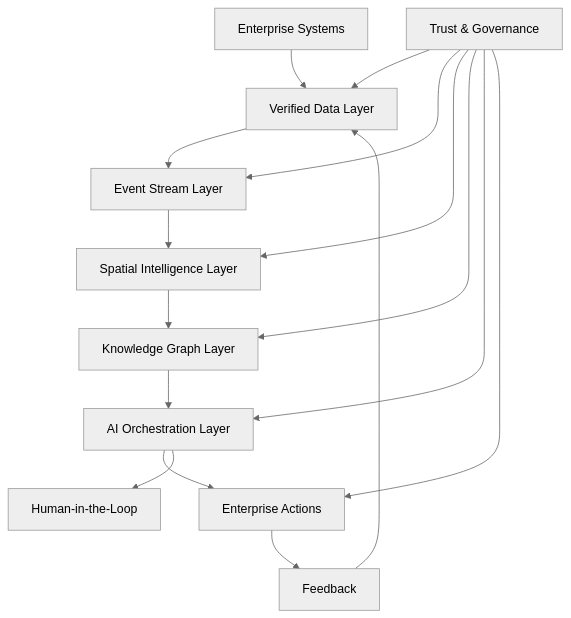
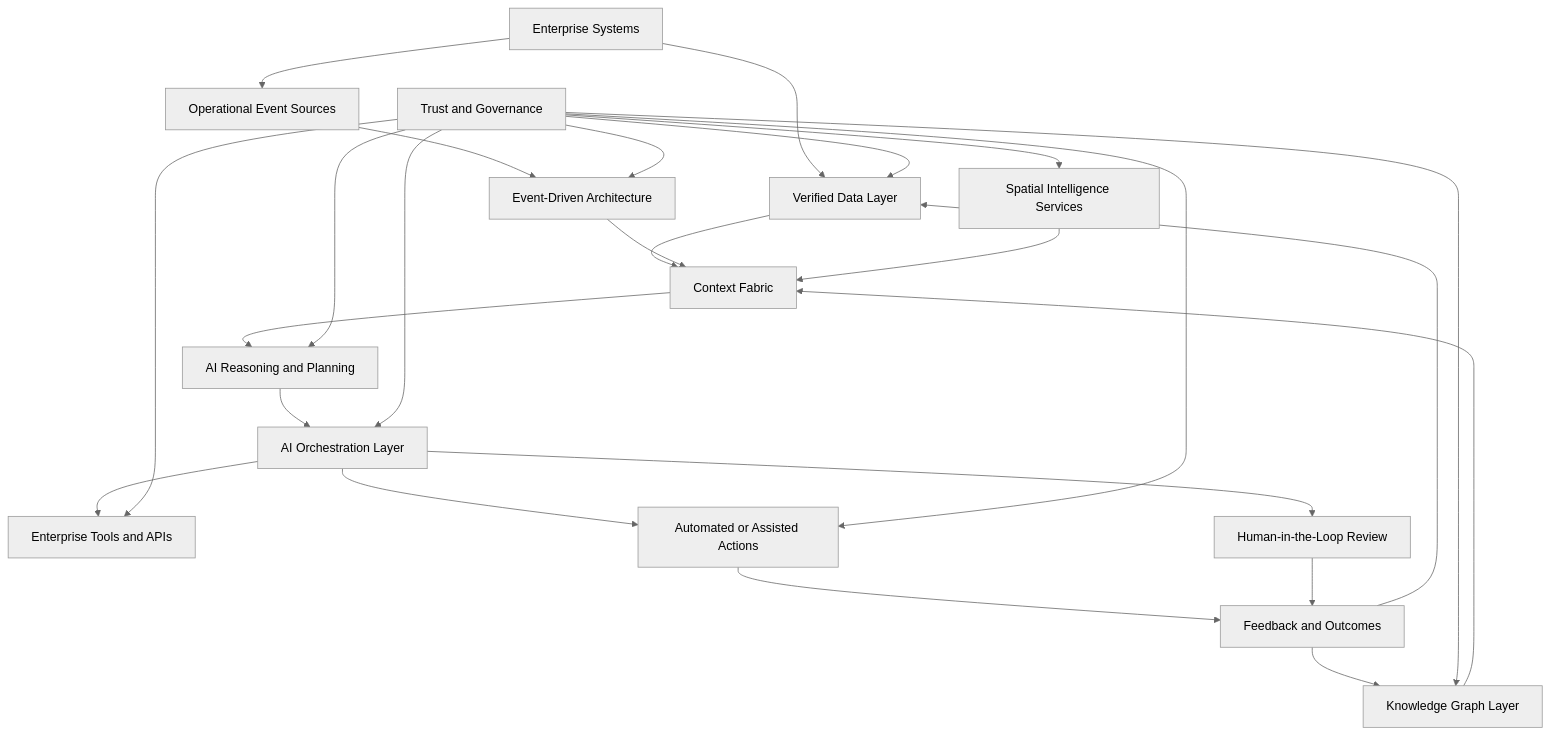
One commit to vkondepati/venkat-framework-agentic-ai changed the diagram in architecture/agentic-ai-reference-architecture.md. Above: the diagram before and after it, drawn with Mermaid (neutral theme). The commit also changed other lines of this file and 22 other files, not shown here.

````diff
--- a/architecture/agentic-ai-reference-architecture.md
+++ b/architecture/agentic-ai-reference-architecture.md
@@ -5,18 +9,27 @@
 ```mermaid
 flowchart TD
     A[Enterprise Systems] --> B[Verified Data Layer]
-    B --> C[Event Stream Layer]
-    C --> D[Spatial Intelligence Layer]
-    D --> E[Knowledge Graph Layer]
-    E --> F[AI Orchestration Layer]
-    F --> G[Enterprise Actions]
-    F --> H[Human-in-the-Loop]
-    G --> I[Feedback]
-    I --> B
-    J[Trust & Governance] --> B
-    J --> C
-    J --> D
-    J --> E
-    J --> F
-    J --> G
+    A --> C[Operational Event Sources]
+    B --> D[Context Fabric]
+    C --> E[Event-Driven Architecture]
+    E --> D
+    F[Spatial Intelligence Services] --> D
+    G[Knowledge Graph Layer] --> D
+    D --> H[AI Reasoning and Planning]
+    H --> I[AI Orchestration Layer]
+    I --> J[Enterprise Tools and APIs]
+    I --> K[Human-in-the-Loop Review]
+    I --> L[Automated or Assisted Actions]
+    L --> M[Feedback and Outcomes]
+    K --> M
+    M --> B
+    M --> G
+    N[Trust and Governance] --> B
+    N --> E
+    N --> F
+    N --> G
+    N --> H
+    N --> I
+    N --> J
+    N --> L
 ```
````
